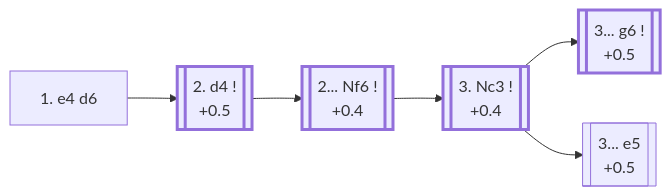
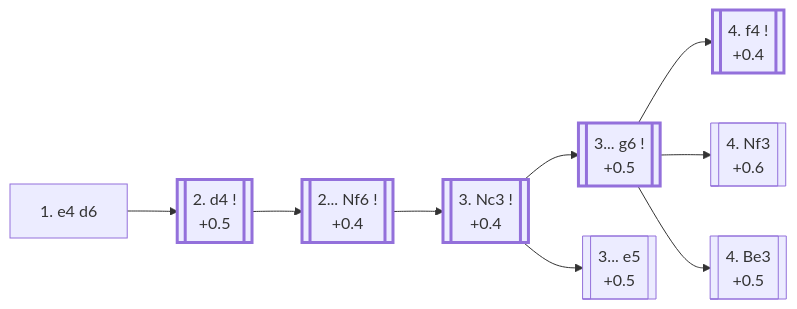
One commit to onclemarcel/chess_flashcards changed the diagram in e4_openings/B07_Pirc_Defense.md. Above: the diagram before and after it, drawn with Mermaid. The commit also changed other lines of this file and 26 other files, not shown here.

````diff
--- a/e4_openings/B07_Pirc_Defense.md
+++ b/e4_openings/B07_Pirc_Defense.md
@@ -12,21 +12,28 @@
 ```mermaid
 flowchart LR
     classDef main stroke-width:3px;
 
     d6["1. e4 d6"]
-    click d6 "#_initial_move_" "B00 · Pirc Defense"
+    click d6 "#_initial_move_" "B07 · Pirc Defense"
 
     d6 --> d4[["2. d4 !<br/>+0.5"]]:::main
-    click d4 "#_d4_" "B00 · Pirc Defense"
+    click d4 "#_d4_" "B07 · Pirc Defense"
 
     d4 --> Nf6[["2... Nf6 !<br/>+0.4"]]:::main
-    click Nf6 "#_Nf6_" "B00 · Pirc Defense"
+    click Nf6 "#_Nf6_" "B07 · Pirc Defense"
 
     Nf6 --> Nc3[["3. Nc3 !<br/>+0.4"]]:::main
-    click Nc3 "#_Nc3_" "B00 · Pirc Defense"
+    click Nc3 "#_Nc3_" "B07 · Pirc Defense"
 
     Nc3 --> g6[["3... g6 !<br/>+0.5"]]:::main
-    click g6 "https://github.com/onclemarcel/chess_flashcards/blob/main/e4_openings/B08_Pirc_Defense_Tabiya.md" "B07 · Pirc Defense"
+    click g6 "#_g6_" "B07 · Pirc Defense"
     Nc3 --> e5[["3... e5<br/>+0.5"]]
     click e5 "#_e5_" "B07 · Pirc Defense"
+
+    g6 --> f4[["4. f4 !<br/>+0.4"]]:::main
+    click f4 "https://github.com/onclemarcel/chess_flashcards/blob/main/e4_openings/B09_Pirc_Austrian_Attack.md" "B09 · Pirc Defense: Austrian Attack"
+    g6 --> Nf3g6[["4. Nf3<br/>+0.6"]]
+    click Nf3g6 "https://github.com/onclemarcel/chess_flashcards/blob/main/e4_openings/B08_Pirc_Classical_System.md" "B08 · Pirc Defense: Classical Variation"
+    g6 --> Be3[["4. Be3<br/>+0.5"]]
+    click Be3 "#_Be3_" "B07 · Pirc Defense: 150 Attack"
 ```
````
